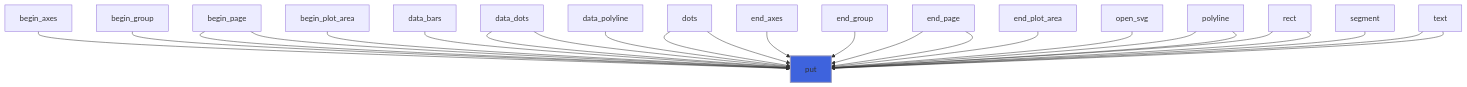
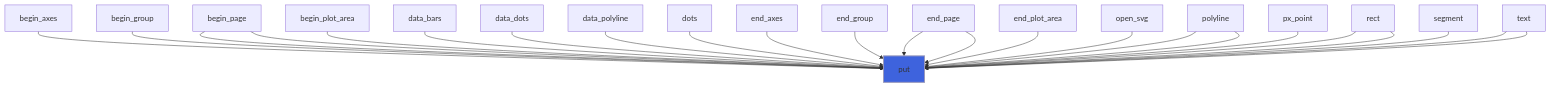
Diagram 21 of 30 in docs/api/src/lib/foresight_backend_svg.md (szaghi/foresight), drawn with Mermaid before and after one commit. The commit also changed other lines of this file and 97 other files, not shown here.

````diff
--- a/docs/api/src/lib/foresight_backend_svg.md
+++ b/docs/api/src/lib/foresight_backend_svg.md
@@ -641,28 +667,27 @@
 ```mermaid
 flowchart TD
   begin_axes["begin_axes"] --> put["put"]
   begin_group["begin_group"] --> put["put"]
   begin_page["begin_page"] --> put["put"]
   begin_page["begin_page"] --> put["put"]
   begin_plot_area["begin_plot_area"] --> put["put"]
   data_bars["data_bars"] --> put["put"]
   data_dots["data_dots"] --> put["put"]
-  data_dots["data_dots"] --> put["put"]
   data_polyline["data_polyline"] --> put["put"]
-  dots["dots"] --> put["put"]
   dots["dots"] --> put["put"]
   end_axes["end_axes"] --> put["put"]
   end_group["end_group"] --> put["put"]
   end_page["end_page"] --> put["put"]
   end_page["end_page"] --> put["put"]
   end_plot_area["end_plot_area"] --> put["put"]
   open_svg["open_svg"] --> put["put"]
   polyline["polyline"] --> put["put"]
   polyline["polyline"] --> put["put"]
+  px_point["px_point"] --> put["put"]
   rect["rect"] --> put["put"]
   rect["rect"] --> put["put"]
   segment["segment"] --> put["put"]
   text["text"] --> put["put"]
   text["text"] --> put["put"]
   style put fill:#3e63dd,stroke:#99b,stroke-width:2px
 ```
````
